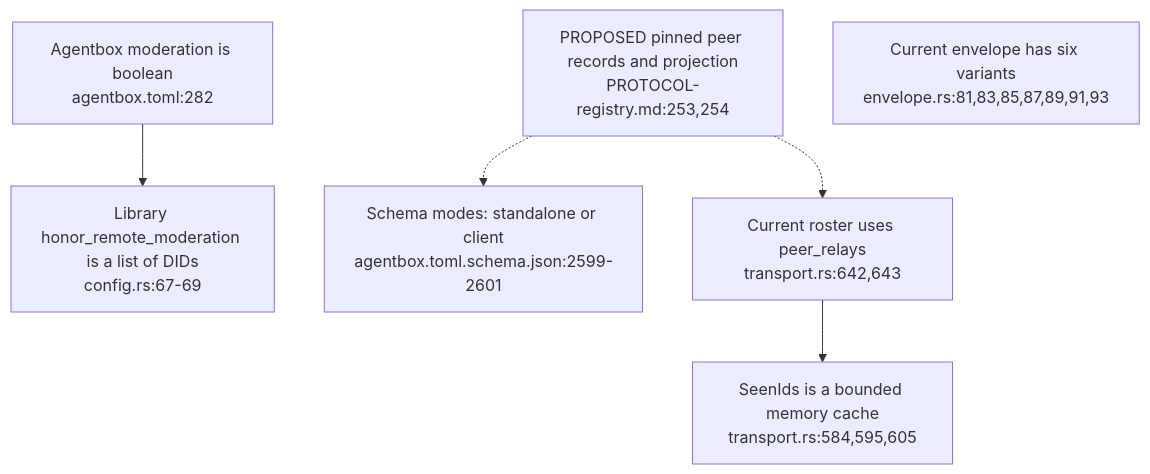
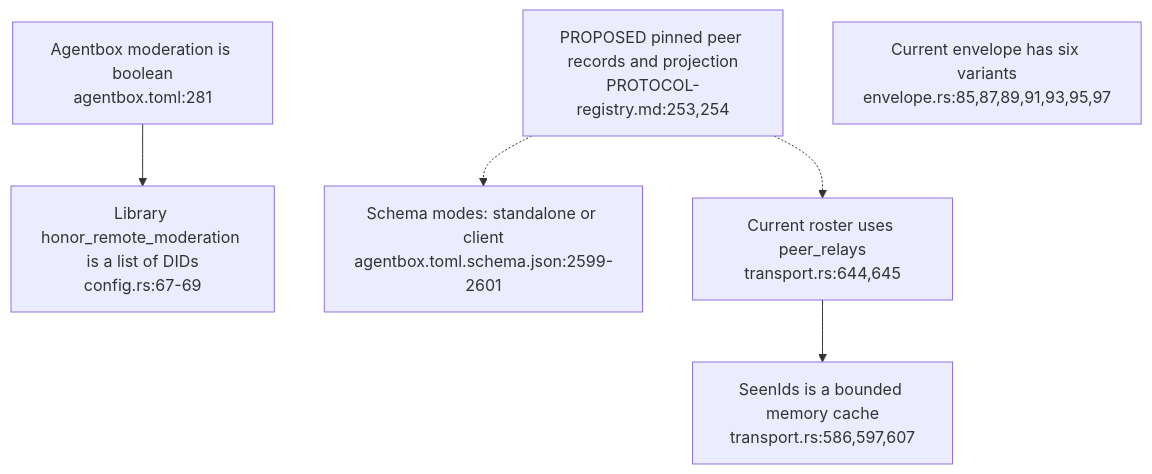
The first of 4 diagrams in docs/diagrams/agentbox/37-mesh-signer-and-recovery.md (DreamLab-AI/VisionFlow), drawn with Mermaid before and after one commit. The commit also changed other lines of this file and 7 other files, not shown here.

First line of the commit message:
diagrams(agentbox): re-verify AB-36..AB-43 at agentbox 59b1aca

````diff
--- a/docs/diagrams/agentbox/37-mesh-signer-and-recovery.md
+++ b/docs/diagrams/agentbox/37-mesh-signer-and-recovery.md
@@ -34,9 +34,9 @@
 ```mermaid
 flowchart TD
-    MAN["Agentbox moderation is boolean<br/>agentbox.toml:282"] --> FAIL["Library honor_remote_moderation is a list of DIDs<br/>config.rs:67-69"]
+    MAN["Agentbox moderation is boolean<br/>agentbox.toml:281"] --> FAIL["Library honor_remote_moderation is a list of DIDs<br/>config.rs:67-69"]
     SCHEMA["Schema modes: standalone or client<br/>agentbox.toml.schema.json:2599-2601"]
     PEERS["PROPOSED pinned peer records and projection<br/>PROTOCOL-registry.md:253,254"] -.-> SCHEMA
-    PEERS -.-> LIB["Current roster uses peer_relays<br/>transport.rs:642,643"]
-    LIB --> CACHE["SeenIds is a bounded memory cache<br/>transport.rs:584,595,605"]
-    TYPES["Current envelope has six variants<br/>envelope.rs:81,83,85,87,89,91,93"]
+    PEERS -.-> LIB["Current roster uses peer_relays<br/>transport.rs:644,645"]
+    LIB --> CACHE["SeenIds is a bounded memory cache<br/>transport.rs:586,597,607"]
+    TYPES["Current envelope has six variants<br/>envelope.rs:85,87,89,91,93,95,97"]
 ```
````
